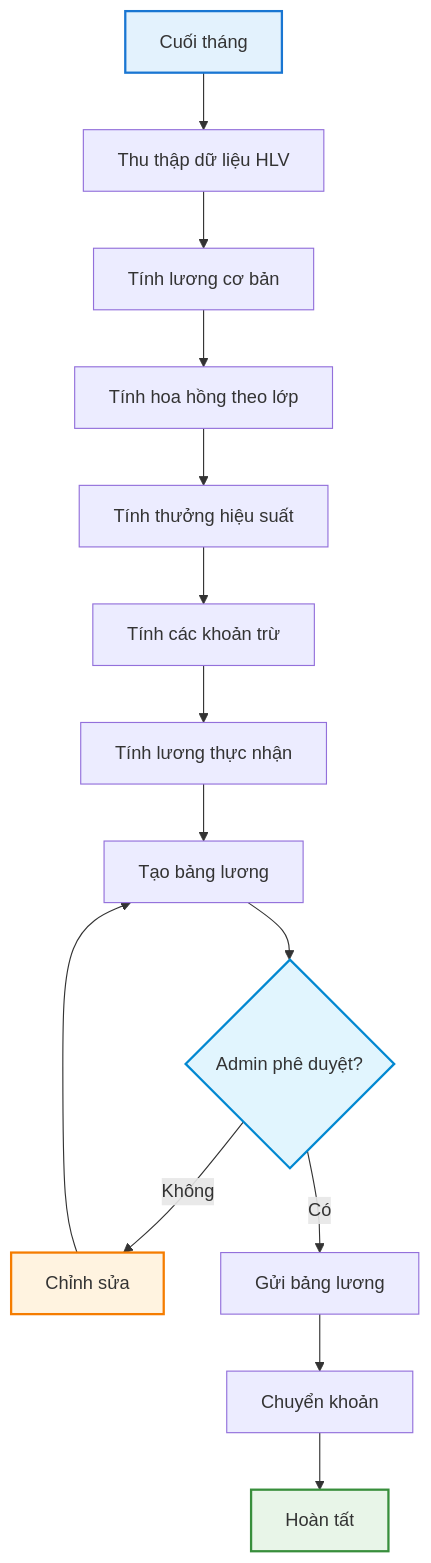
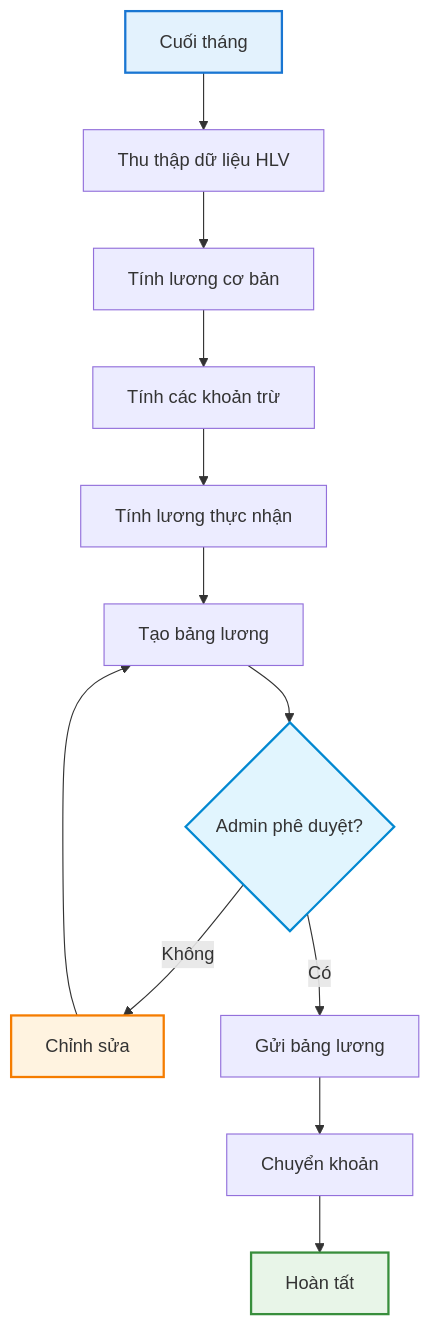
Before and after one commit to hangpham24/tn-da21ttb-110121182-phamthuyhang-qlpg-netmvc: the diagram in GymManagement.Web/Documentation/Flowcharts/06_Payroll_Calculation_Flow.mmd, drawn with Mermaid. The commit also changed 22 other files, not shown here.

```diff
--- a/GymManagement.Web/Documentation/Flowcharts/06_Payroll_Calculation_Flow.mmd
+++ b/GymManagement.Web/Documentation/Flowcharts/06_Payroll_Calculation_Flow.mmd
@@ -1,28 +1,26 @@
 %% QUY TRÌNH TÍNH LƯƠNG HUẤN LUYỆN VIÊN
 %% Tối ưu cho Draw.io import
 
 flowchart TD
     A[Cuối tháng] --> B[Thu thập dữ liệu HLV]
     B --> C[Tính lương cơ bản]
-    C --> D[Tính hoa hồng theo lớp]
-    D --> E[Tính thưởng hiệu suất]
-    E --> F[Tính các khoản trừ]
+    C --> F[Tính các khoản trừ]
     F --> G[Tính lương thực nhận]
     G --> H[Tạo bảng lương]
     H --> I{Admin phê duyệt?}
     I -->|Không| J[Chỉnh sửa]
     J --> H
     I -->|Có| K[Gửi bảng lương]
     K --> L[Chuyển khoản]
     L --> M[Hoàn tất]
 
     %% Styling
     classDef startNode fill:#e3f2fd,stroke:#1976d2,stroke-width:2px
     classDef successNode fill:#e8f5e8,stroke:#388e3c,stroke-width:2px
     classDef warningNode fill:#fff3e0,stroke:#f57c00,stroke-width:2px
     classDef decisionNode fill:#e1f5fe,stroke:#0288d1,stroke-width:2px
 
     class A startNode
     class M successNode
     class J warningNode
     class I decisionNode
```
